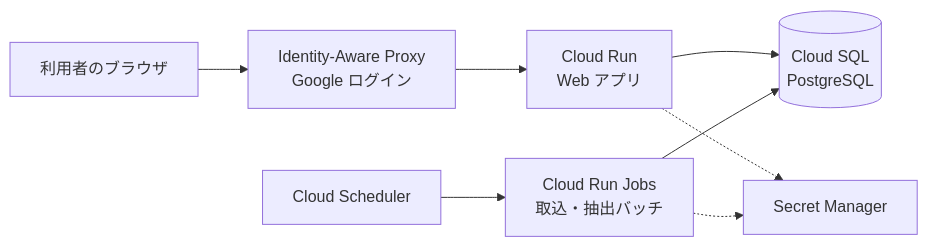
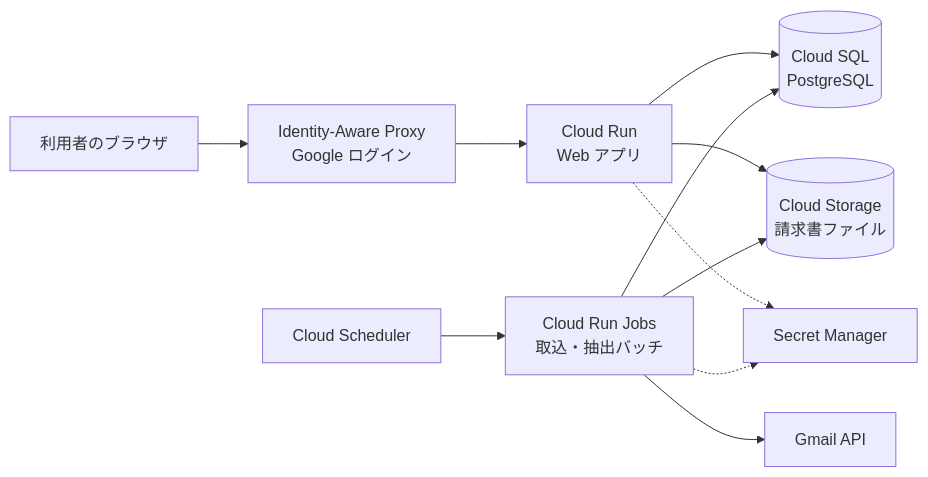
One commit to Sooohei/billing_automation_lab changed the first of 2 diagrams in docs/design/architecture.md. Above: the diagram before and after it, drawn with Mermaid. The commit also changed other lines of this file and 2 other files, not shown here.

Commit message:
docs:SR-01 Gmail からの請求書取込・蓄積の設計を作成

````diff
--- a/docs/design/architecture.md
+++ b/docs/design/architecture.md
@@ -27,10 +27,13 @@
 ```mermaid
 flowchart LR
     User[利用者のブラウザ] --> IAP[Identity-Aware Proxy<br>Google ログイン]
     IAP --> Run[Cloud Run<br>Web アプリ]
     Run --> SQL[(Cloud SQL<br>PostgreSQL)]
+    Run --> GCS[(Cloud Storage<br>請求書ファイル)]
     Scheduler[Cloud Scheduler] --> Job[Cloud Run Jobs<br>取込・抽出バッチ]
     Job --> SQL
+    Job --> GCS
+    Job --> Gmail[Gmail API]
     Run -.-> Secret[Secret Manager]
     Job -.-> Secret
 ```
````
